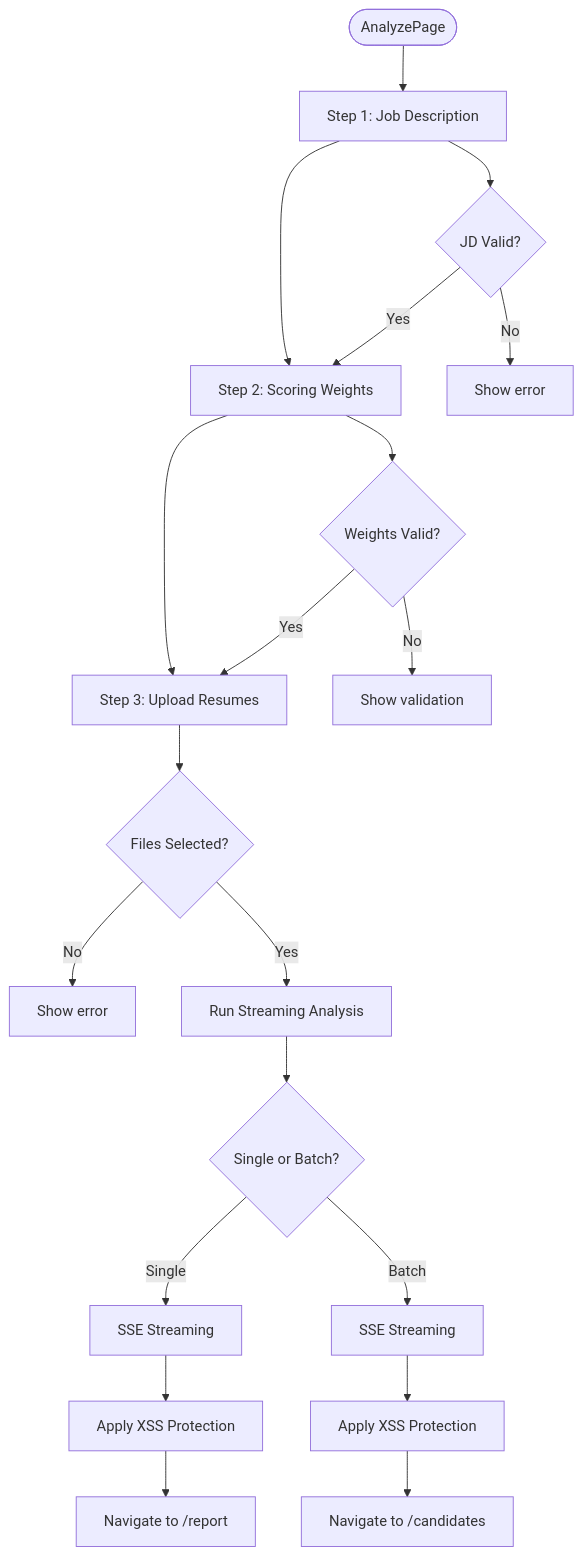
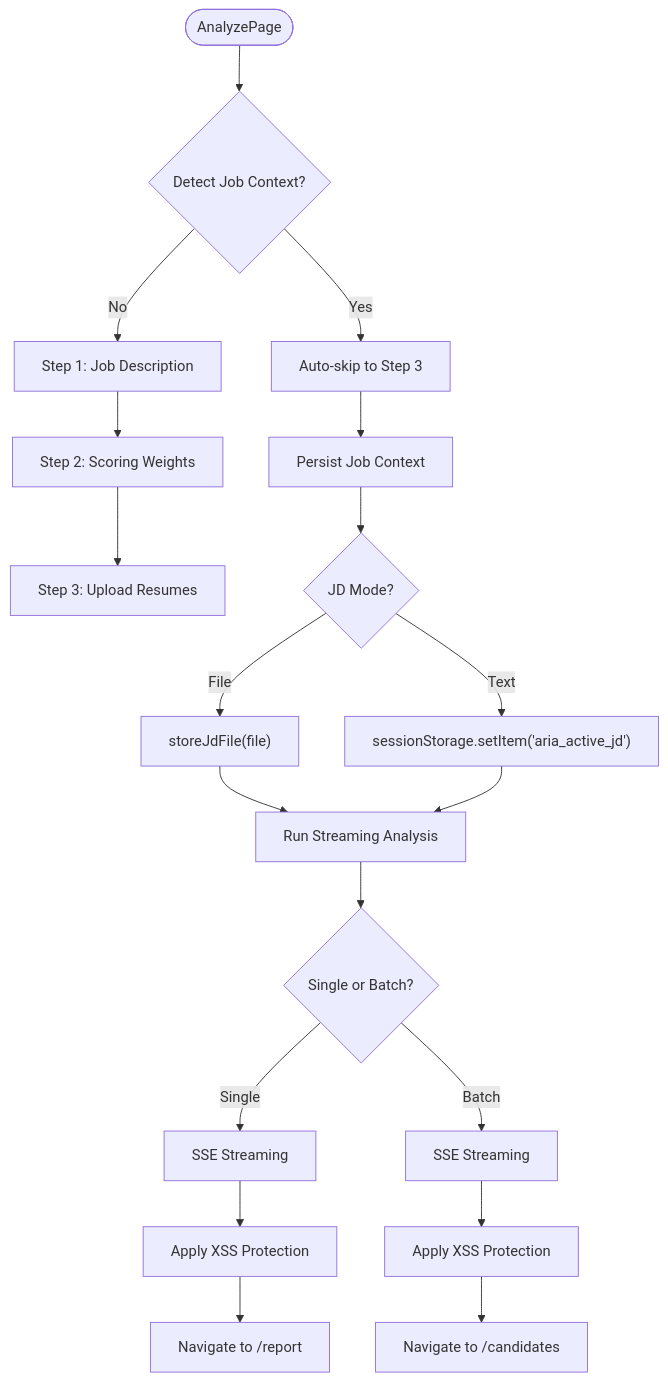
Before and after one commit to Revanththetalogics/aireume: the fourth of 26 diagrams in .qoder/repowiki/en/content/Frontend Architecture/Frontend Architecture.md, drawn with Mermaid. The commit also changed other lines of this file and 15 other files, not shown here.

````diff
--- a/.qoder/repowiki/en/content/Frontend Architecture/Frontend Architecture.md
+++ b/.qoder/repowiki/en/content/Frontend Architecture/Frontend Architecture.md
@@ -372,22 +381,21 @@
 ```mermaid
 flowchart TD
-Start(["AnalyzePage"]) --> Step1["Step 1: Job Description"]
+Start(["AnalyzePage"]) --> DetectContext{"Detect Job Context?"}
+DetectContext --> |Yes| AutoSkip["Auto-skip to Step 3"]
+DetectContext --> |No| Step1["Step 1: Job Description"]
 Step1 --> Step2["Step 2: Scoring Weights"]
 Step2 --> Step3["Step 3: Upload Resumes"]
-Step1 --> Validate1{"JD Valid?"}
-Validate1 --> |No| Error1["Show error"]
-Validate1 --> |Yes| Step2
-Step2 --> Validate2{"Weights Valid?"}
-Validate2 --> |No| Error2["Show validation"]
-Validate2 --> |Yes| Step3
-Step3 --> Validate3{"Files Selected?"}
-Validate3 --> |No| Error3["Show error"]
-Validate3 --> |Yes| Analyze["Run Streaming Analysis"]
+AutoSkip --> PersistContext["Persist Job Context"]
+PersistContext --> IndexedDB{"JD Mode?"}
+IndexedDB --> |Text| SessionStorage["sessionStorage.setItem('aria_active_jd')"]
+IndexedDB --> |File| IndexedDBStore["storeJdFile(file)"]
+IndexedDBStore --> Analyze["Run Streaming Analysis"]
+SessionStorage --> Analyze
 Analyze --> Single{"Single or Batch?"}
 Single --> |Single| Stream["SSE Streaming"]
 Stream --> SEC["Apply XSS Protection"]
 SEC --> Report["Navigate to /report"]
 Single --> |Batch| StreamBatch["SSE Streaming"]
 StreamBatch --> SEC2["Apply XSS Protection"]
 SEC2 --> Candidates["Navigate to /candidates"]
 ```
````
